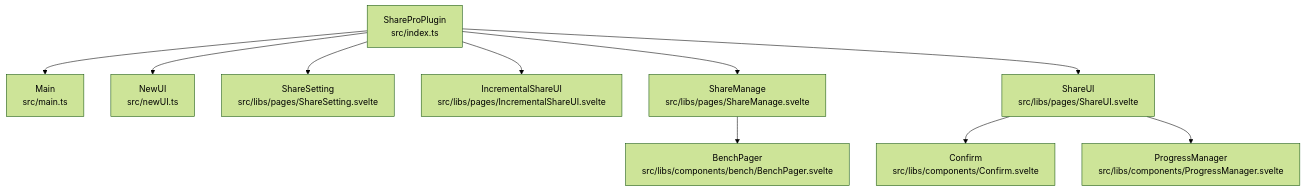
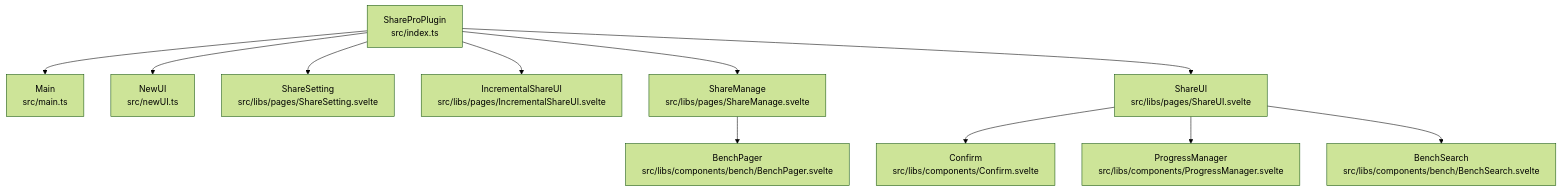
One commit to terwerinc/siyuan-plugin-share-pro changed the second of 7 diagrams in .qoder/repowiki/zh/content/UI组件系统/页面组件.md. Above: the diagram before and after it, drawn with Mermaid (forest theme). The commit also changed other lines of this file and 5 other files, not shown here.

````diff
--- a/.qoder/repowiki/zh/content/UI组件系统/页面组件.md
+++ b/.qoder/repowiki/zh/content/UI组件系统/页面组件.md
@@ -127,22 +132,24 @@
 ```mermaid
 graph TB
 PI["ShareProPlugin<br/>src/index.ts"]
 MAIN["Main<br/>src/main.ts"]
 NEWUI["NewUI<br/>src/newUI.ts"]
 SS["ShareSetting<br/>src/libs/pages/ShareSetting.svelte"]
 ISUI["IncrementalShareUI<br/>src/libs/pages/IncrementalShareUI.svelte"]
 SM["ShareManage<br/>src/libs/pages/ShareManage.svelte"]
 SU["ShareUI<br/>src/libs/pages/ShareUI.svelte"]
 CONF["Confirm<br/>src/libs/components/Confirm.svelte"]
 PM["ProgressManager<br/>src/libs/components/ProgressManager.svelte"]
 BP["BenchPager<br/>src/libs/components/bench/BenchPager.svelte"]
+BSR["BenchSearch<br/>src/libs/components/bench/BenchSearch.svelte"]
 PI --> MAIN
 PI --> NEWUI
 PI --> SS
 PI --> ISUI
 PI --> SM
 PI --> SU
 SU --> CONF
 SU --> PM
 SM --> BP
+SU --> BSR
 ```
````
